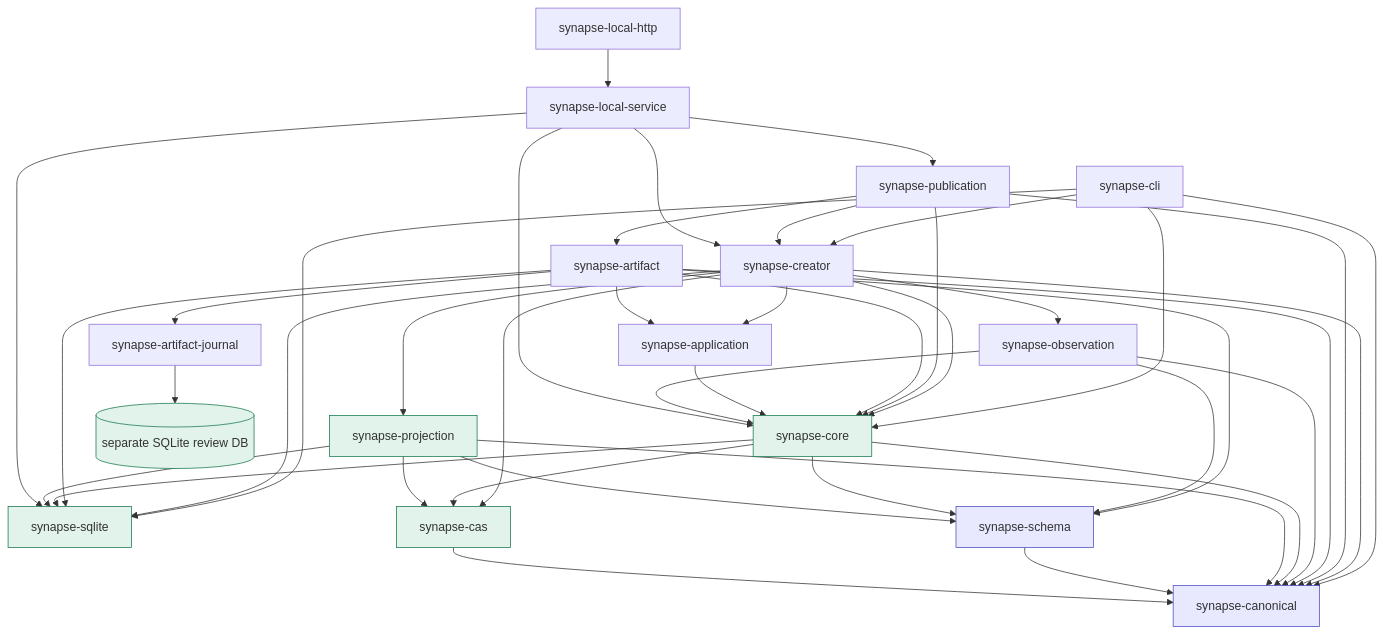
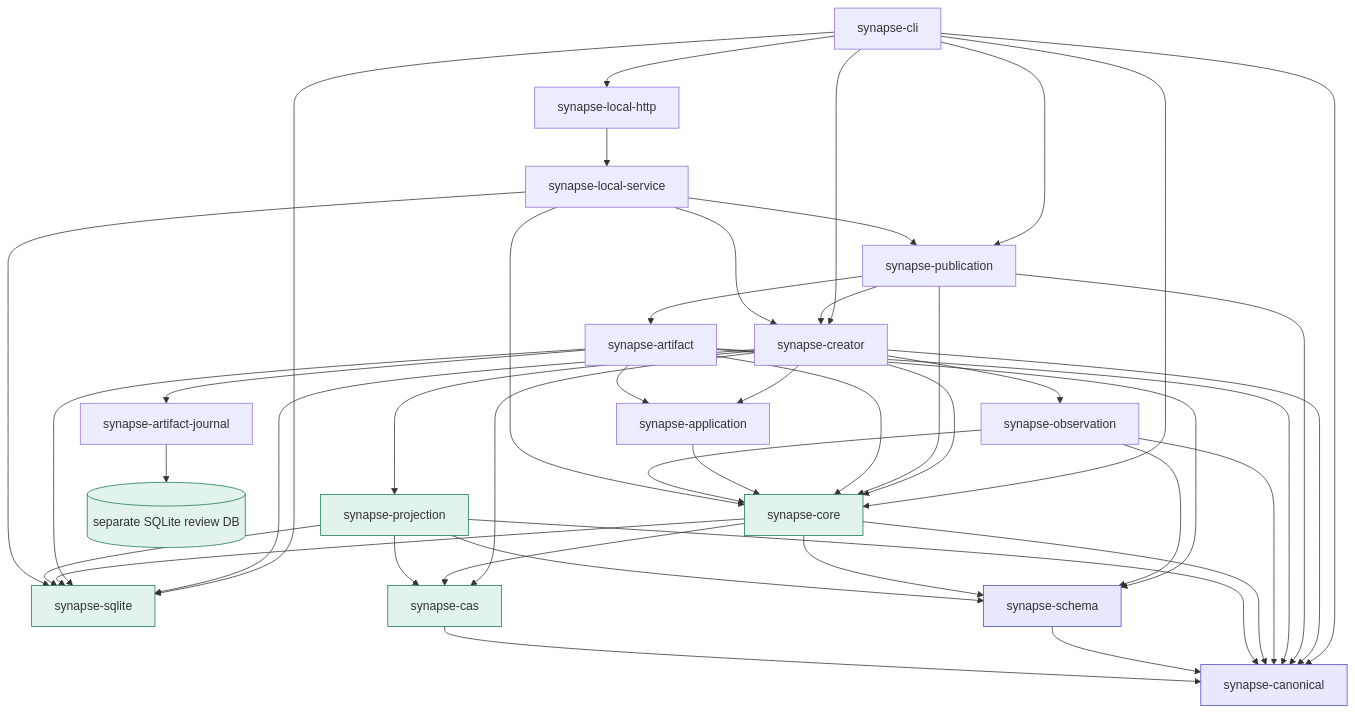
The diagram in CONTRIBUTING.md (howlrs/synapsegit), drawn with Mermaid before and after one commit. The commit also changed other lines of this file and 121 other files, not shown here.

````diff
--- a/CONTRIBUTING.md
+++ b/CONTRIBUTING.md
@@ -88,49 +88,51 @@
 ```mermaid
 flowchart TB
     CLI[synapse-cli] --> Core[synapse-core]
     CLI --> Canon[synapse-canonical]
     CLI --> SQLite[synapse-sqlite]
     CLI --> Creator[synapse-creator]
+    CLI --> LocalHttp[synapse-local-http]
+    CLI --> Publication[synapse-publication]
     Creator --> Application
     Creator --> Core
     Creator --> Observation
     Creator --> Projection
     Creator --> CAS
     Creator --> SQLite
     Creator --> Canon
     Publication[synapse-publication] --> Creator
     Publication --> Core
     Publication --> Canon
     Publication --> Artifact
     Artifact[synapse-artifact] --> Application
     Artifact --> Core
     Artifact --> SQLite
     Artifact --> Canon
     Artifact --> ArtifactJournal
     Artifact --> Schema
     ArtifactJournal[synapse-artifact-journal] --> JournalDb[(separate SQLite review DB)]
     Application[synapse-application] --> Core
     Observation[synapse-observation] --> Core
     Observation --> Schema
     Observation --> Canon
     Core --> Schema[synapse-schema]
     Core --> CAS[synapse-cas]
     Core --> SQLite
     Core --> Canon
     Projection[synapse-projection] --> CAS
     Projection --> SQLite
     Projection --> Schema
     Projection --> Canon
     Schema --> Canon
     CAS --> Canon
     LocalHttp[synapse-local-http] --> LocalService[synapse-local-service]
     LocalService --> Core
     LocalService --> Creator
     LocalService --> SQLite
     LocalService --> Publication
 
     classDef identity fill:#e8e8ff,stroke:#4c4cc7;
     classDef storage fill:#e2f3eb,stroke:#18794e;
     class Canon,Schema identity;
     class CAS,SQLite,Core,Projection,JournalDb storage;
 ```
````
